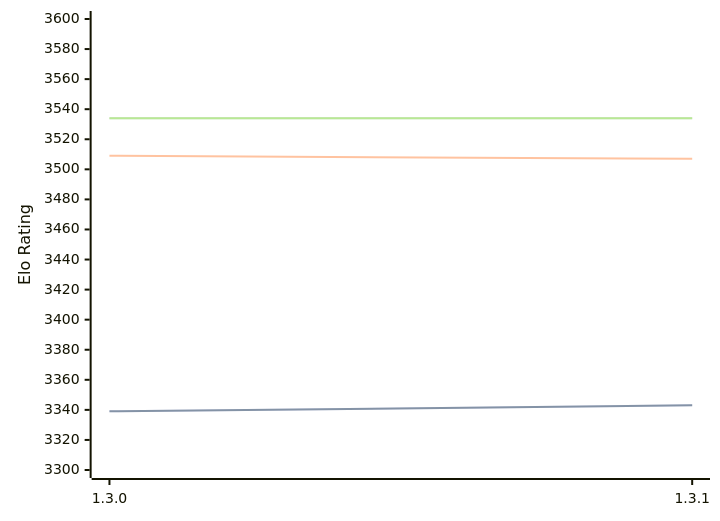
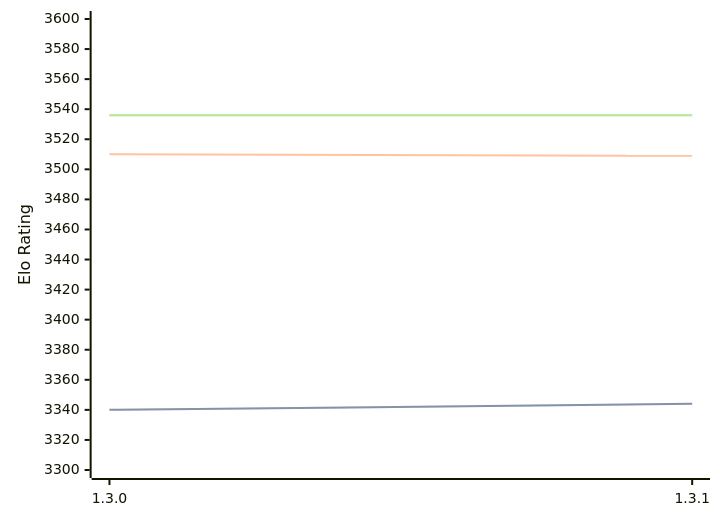
The diagram in engines/Renegade.md (computer-chess-index/cci), drawn with Mermaid before and after one commit. The commit also changed other lines of this file, not shown here.

Commit message:
Update CCI Ratings (ELO VLTC) - 2026-08-22

````diff
--- a/engines/Renegade.md
+++ b/engines/Renegade.md
@@ -33,11 +33,11 @@
 ```mermaid
 %%{init: {"theme":"base","themeVariables":{"seriesColors:['#a3a3a3','#222221','#faa371']}}}%%
 xychart-beta
   x-axis ["1.3.0", "1.3.1"]
   y-axis "Elo Rating" 3300 --> 3600
-  line "STC (8.0+0.08s)" [3339, 3343]
-  line "STC (8.0+0.08s)" [3339, 3343]
-  line "LTC (60.0+0.60s)" [3509, 3507]
-  line "VLTC (2m24s+1.12s)" [3534, 3534]
-  line "VLTC (2m24s+1.12s)" [3534, 3534]
+  line "STC (8.0+0.08s)" [3340, 3344]
+  line "STC (8.0+0.08s)" [3340, 3344]
+  line "LTC (60.0+0.60s)" [3510, 3509]
+  line "VLTC (2m24s+1.12s)" [3536, 3536]
+  line "VLTC (2m24s+1.12s)" [3536, 3536]
 ```
````
